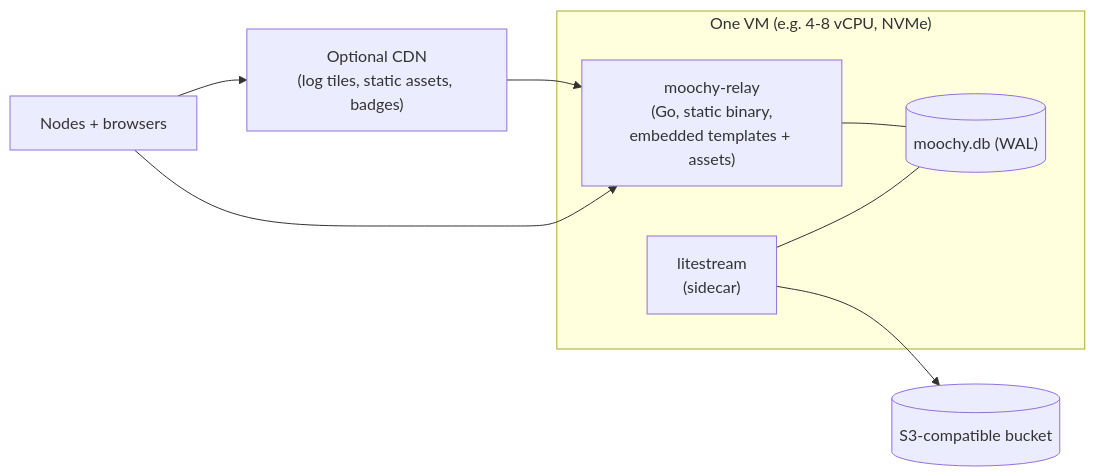
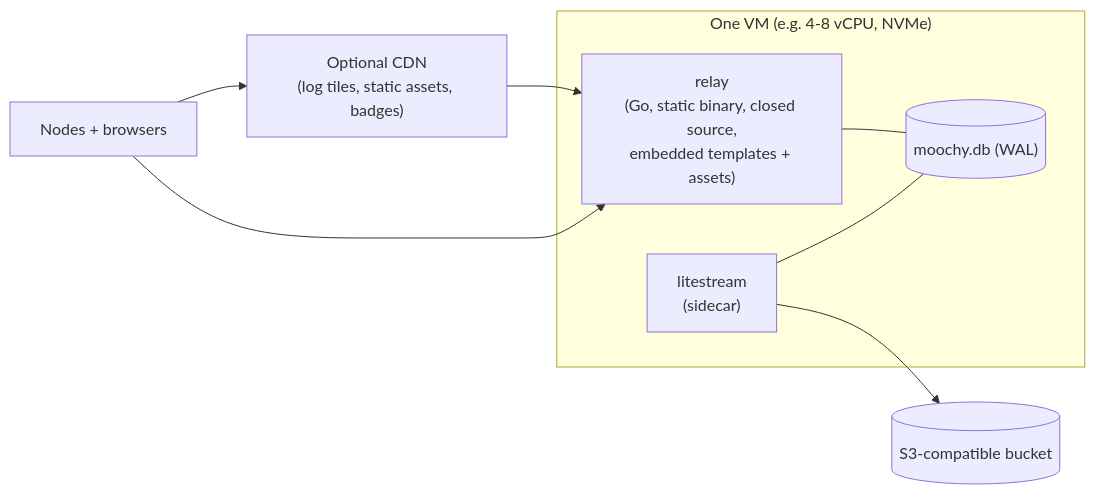
The fourth of 4 diagrams in docs/plan/02-architecture-overview.md (moochy-dev/moochy-docs), drawn with Mermaid before and after one commit. The commit also changed other lines of this file and 5 other files, not shown here.

````diff
--- a/docs/plan/02-architecture-overview.md
+++ b/docs/plan/02-architecture-overview.md
@@ -209,16 +216,16 @@
 ```mermaid
 flowchart LR
   subgraph VM["One VM (e.g. 4-8 vCPU, NVMe)"]
-    RELAY["moochy-relay<br/>(Go, static binary,<br/>embedded templates + assets)"]
+    RELAY["relay<br/>(Go, static binary, closed source,<br/>embedded templates + assets)"]
     DB[("moochy.db (WAL)")]
     LS["litestream<br/>(sidecar)"]
     RELAY --- DB
     LS --- DB
   end
   OBJ[("S3-compatible bucket")]
   LS --> OBJ
   CDN["Optional CDN<br/>(log tiles, static assets, badges)"]
   CDN --> RELAY
   Users["Nodes + browsers"] --> RELAY
   Users --> CDN
 ```
````
